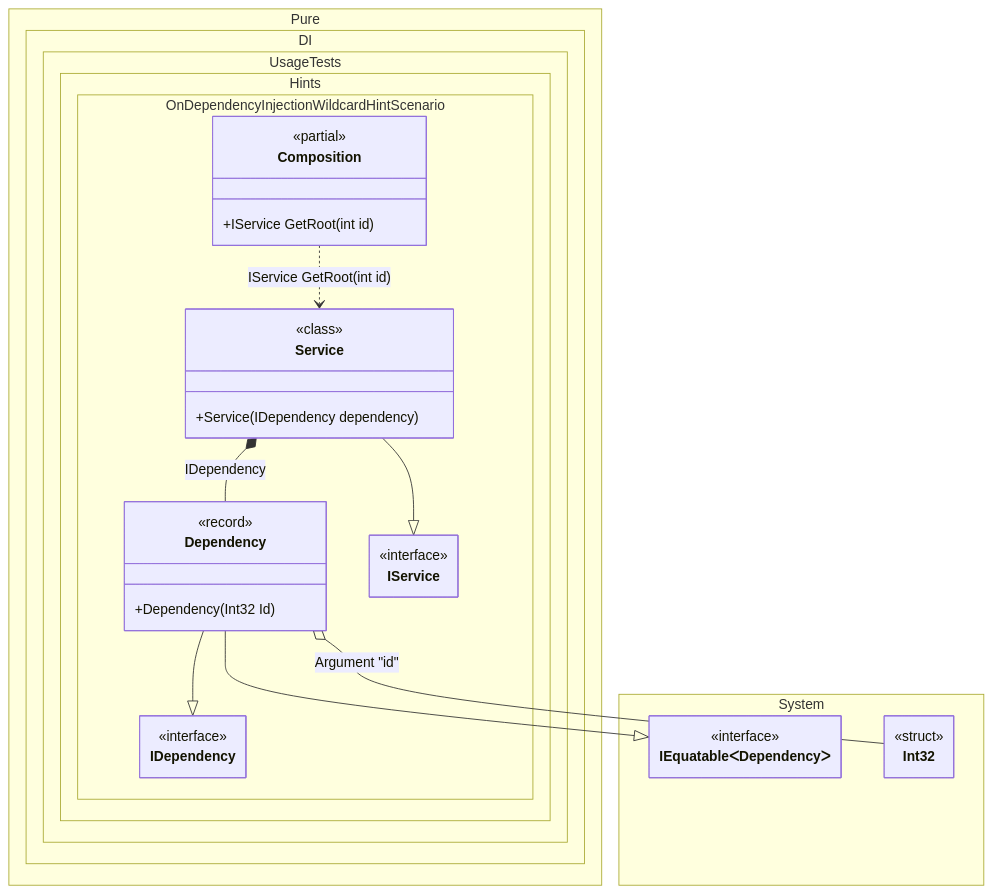
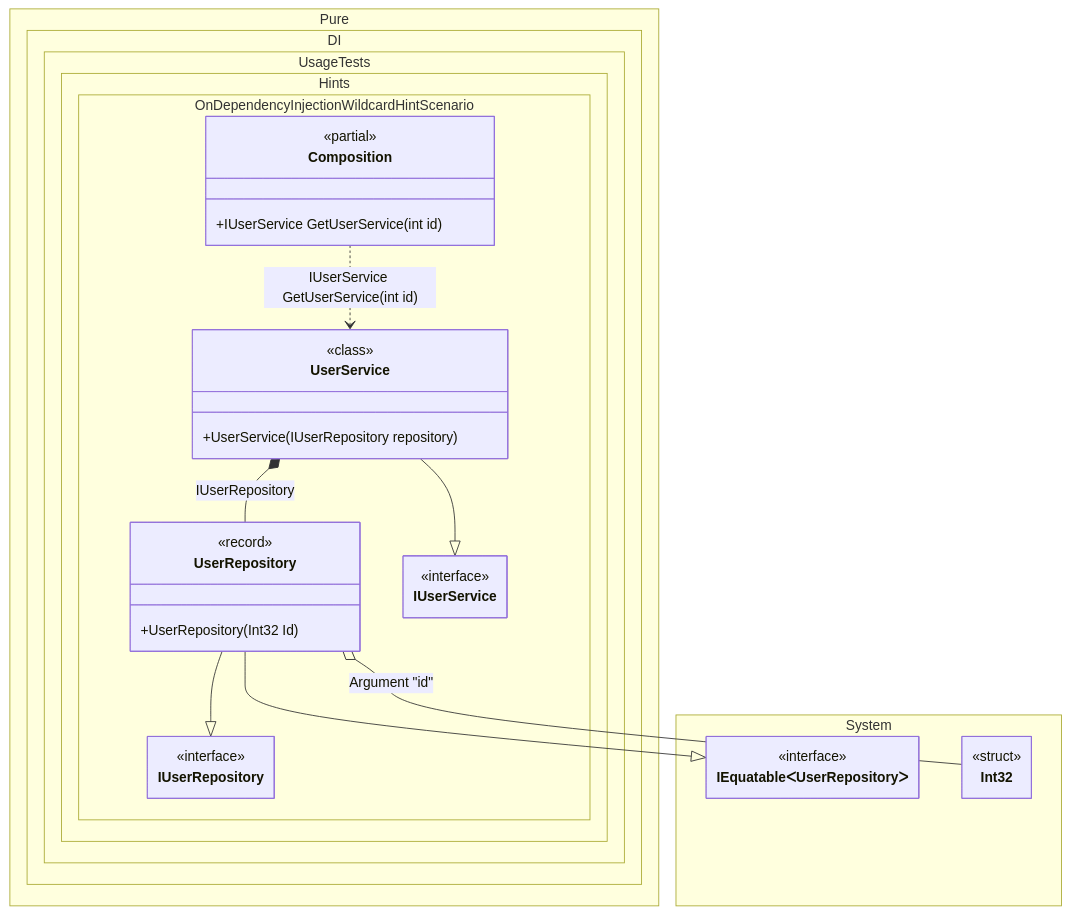
One commit to DevTeam/Pure.DI changed the diagram in readme/ondependencyinjection-wildcard-hint.md. Above: the diagram before and after it, drawn with Mermaid. The commit also changed other lines of this file and 126 other files, not shown here.

````diff
--- a/readme/ondependencyinjection-wildcard-hint.md
+++ b/readme/ondependencyinjection-wildcard-hint.md
@@ -130,44 +131,44 @@
 ```mermaid
 ---
  config:
   maxTextSize: 2147483647
   maxEdges: 2147483647
   class:
    hideEmptyMembersBox: true
 ---
 classDiagram
-	Dependency --|> IDependency
-	Dependency --|> IEquatableᐸDependencyᐳ
-	Service --|> IService
-	Composition ..> Service : IService GetRoot(int id)
-	Dependency o-- Int32 : Argument "id"
-	Service *--  Dependency : IDependency
+	UserRepository --|> IUserRepository
+	UserRepository --|> IEquatableᐸUserRepositoryᐳ
+	UserService --|> IUserService
+	Composition ..> UserService : IUserService GetUserService(int id)
+	UserRepository o-- Int32 : Argument "id"
+	UserService *--  UserRepository : IUserRepository
 	namespace Pure.DI.UsageTests.Hints.OnDependencyInjectionWildcardHintScenario {
 		class Composition {
 		<<partial>>
-		+IService GetRoot(int id)
+		+IUserService GetUserService(int id)
 		}
-		class Dependency {
-				<<record>>
-			+Dependency(Int32 Id)
-		}
-		class IDependency {
+		class IUserRepository {
 			<<interface>>
 		}
-		class IService {
+		class IUserService {
 			<<interface>>
 		}
-		class Service {
+		class UserRepository {
+				<<record>>
+			+UserRepository(Int32 Id)
+		}
+		class UserService {
 				<<class>>
-			+Service(IDependency dependency)
+			+UserService(IUserRepository repository)
 		}
 	}
 	namespace System {
-		class IEquatableᐸDependencyᐳ {
+		class IEquatableᐸUserRepositoryᐳ {
 			<<interface>>
 		}
 		class Int32 {
 				<<struct>>
 		}
 	}
 ```
````
